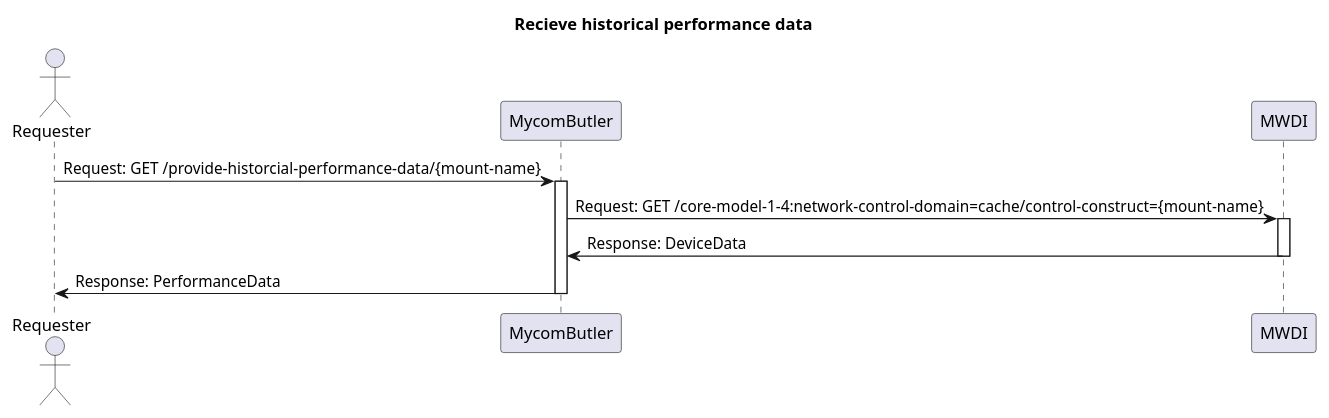
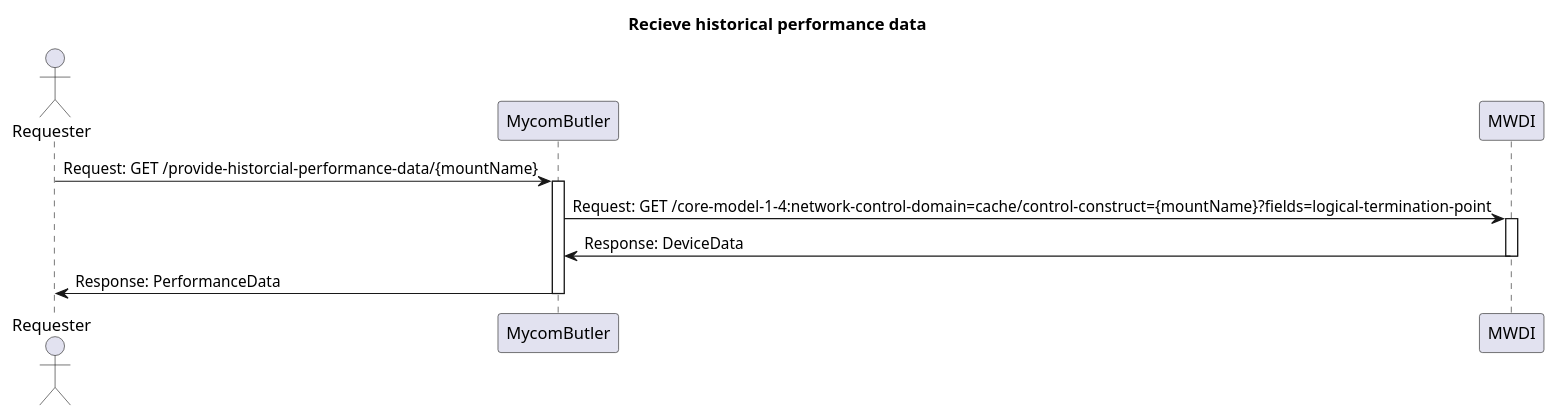
The diagram in spec/diagrams/performance-data.plantuml (openBackhaul/MycomButler), drawn with PlantUML before and after one commit. The commit also changed 5 other files, not shown here.

Commit message:
Update seq. diagram to new mwdi endpoints

```diff
--- a/spec/diagrams/performance-data.plantuml
+++ b/spec/diagrams/performance-data.plantuml
@@ -1,21 +1,21 @@
 @startuml Recieve_Device_Data
 title Recieve historical performance data
 
 actor Requester
 participant MycomButler
 participant MWDI
 
-Requester -> MycomButler: Request: GET /provide-historcial-performance-data/{mount-name}
+Requester -> MycomButler: Request: GET /provide-historcial-performance-data/{mountName}
 
 activate MycomButler
-MycomButler -> MWDI: Request: GET /core-model-1-4:network-control-domain=cache/control-construct={mount-name}
+MycomButler -> MWDI: Request: GET /core-model-1-4:network-control-domain=cache/control-construct={mountName}?fields=logical-termination-point
 
 activate MWDI
 MWDI -> MycomButler: Response: DeviceData
 
 deactivate MWDI
 MycomButler -> Requester: Response: PerformanceData
 
 deactivate MycomButler
 
 @enduml
```
